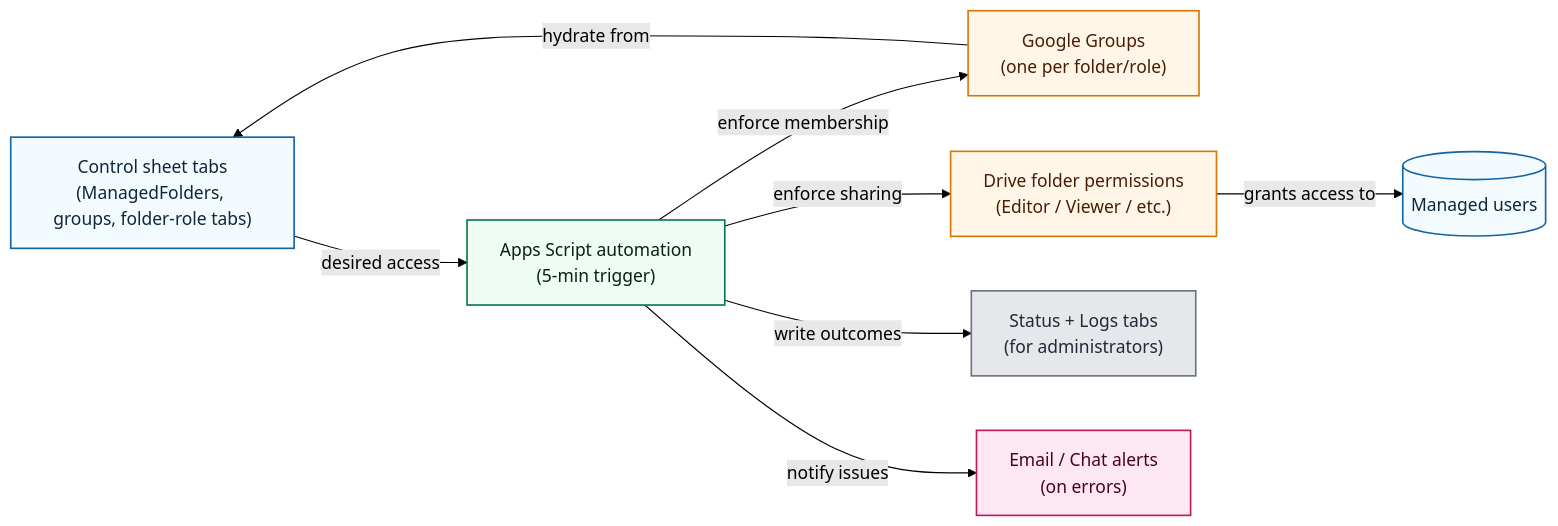
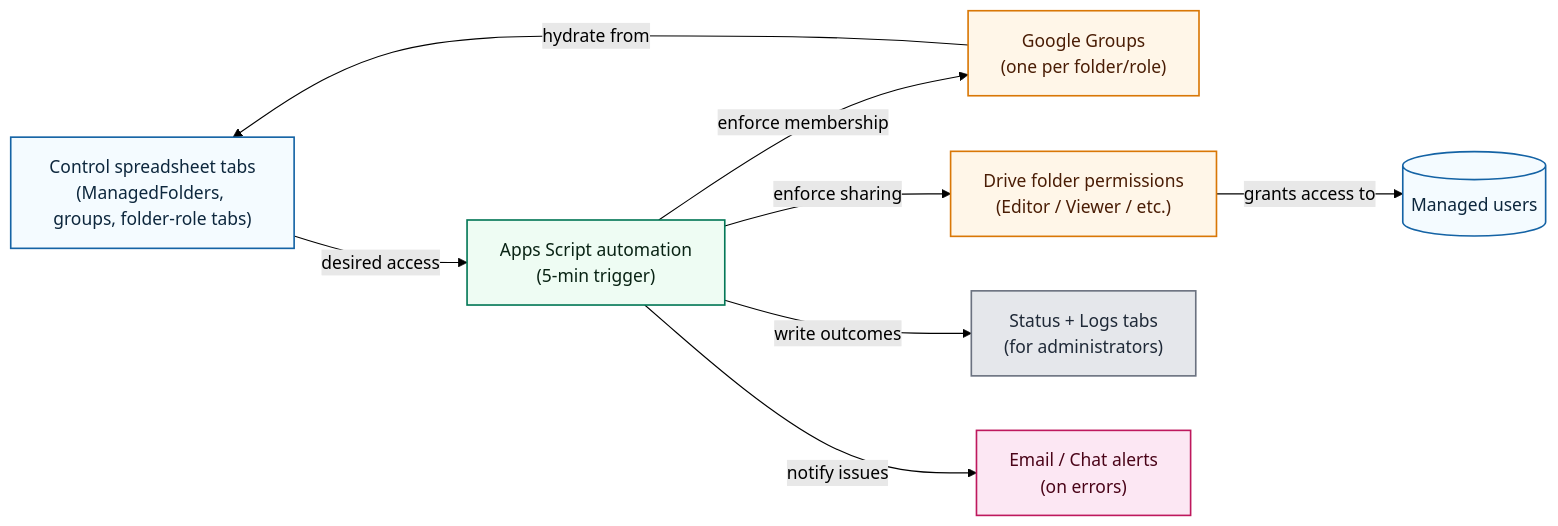
One commit to davidf9999/gdrive_permissions1 changed the diagram in README.md. Above: the diagram before and after it, drawn with Mermaid (forest theme). The commit also changed other lines of this file and 4 other files, not shown here.

First line of the commit message:
docs: Clarify sheet vs. spreadsheet terminology

````diff
--- a/README.md
+++ b/README.md
@@ -62,27 +62,27 @@
 ```mermaid
 flowchart LR
-  Control["Control sheet tabs\n(ManagedFolders, groups, folder-role tabs)"]
+  Control["Control spreadsheet tabs\n(ManagedFolders, groups, folder-role tabs)"]
   Script["Apps Script automation\n(5-min trigger)"]
   Groups["Google Groups\n(one per folder/role)"]
   Drive["Drive folder permissions\n(Editor / Viewer / etc.)"]
   Status["Status + Logs tabs\n(for administrators)"]
   Alerts["Email / Chat alerts\n(on errors)"]
 
   Control -- desired access --> Script
   Script -- enforce membership --> Groups
   Script -- enforce sharing --> Drive
   Groups -- hydrate from --> Control
   Drive -- grants access to --> Users[(Managed users)]
   Script -- write outcomes --> Status
   Script -- notify issues --> Alerts
 
   classDef default fill:#f4fbff,stroke:#1463a5,stroke-width:1.5px,color:#0d273d;
   classDef script fill:#eefcf3,stroke:#047857,color:#092314;
   classDef ws fill:#fff6e8,stroke:#d97706,color:#4a1d05;
   classDef status fill:#e5e7eb,stroke:#6b7280,color:#1f2937;
   classDef alerts fill:#fce7f3,stroke:#be185d,color:#4a0418;
   class Script script;
   class Groups,Drive ws;
   class Status status;
   class Alerts alerts;
 ```
````
